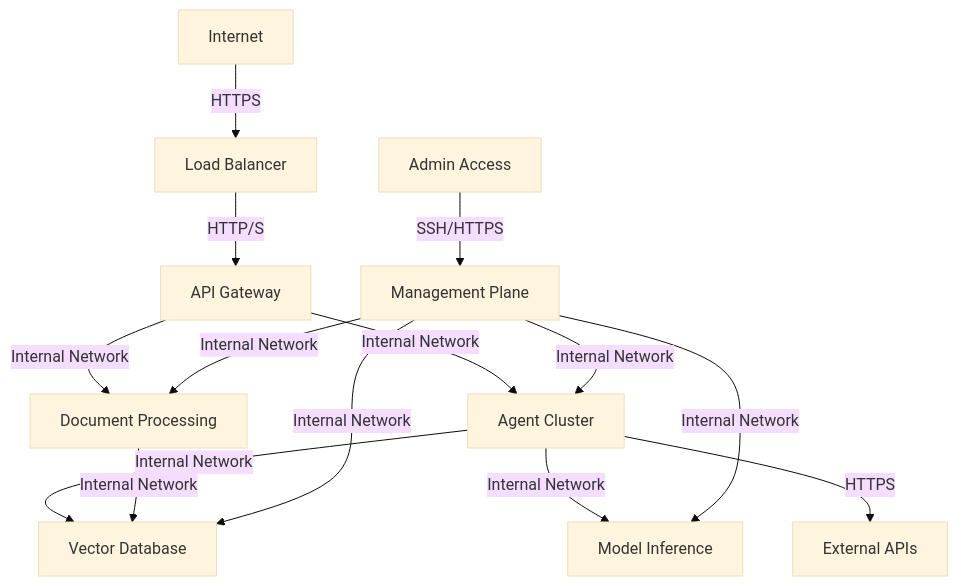
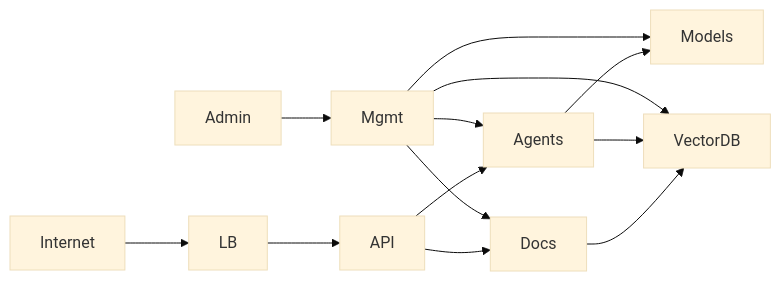
The fourth of 21 diagrams in User-Guides/LangChain Agent Platform Admin Guide.md (CRollins6020/CRollins6020), drawn with Mermaid (base theme) before and after one commit. The commit also changed other lines of this file, not shown here.

Commit message:
Update LangChain Agent Platform Admin Guide.md

````diff
--- a/User-Guides/LangChain Agent Platform Admin Guide.md
+++ b/User-Guides/LangChain Agent Platform Admin Guide.md
@@ -374,16 +359,8 @@
 ```mermaid
-graph TD
-    A[Internet] -- HTTPS --> B[Load Balancer]
-    B -- HTTP/S --> C[API Gateway]
-    C -- Internal Network --> D[Agent Cluster]
-    C -- Internal Network --> E[Document Processing]
-    D -- Internal Network --> F[Vector Database]
-    D -- Internal Network --> G[Model Inference]
-    D -- HTTPS --> H[External APIs]
-    E -- Internal Network --> F
-    I[Admin Access] -- SSH/HTTPS --> J[Management Plane]
-    J -- Internal Network --> D
-    J -- Internal Network --> E
-    J -- Internal Network --> F
-    J -- Internal Network --> G
+  graph LR
+    A[Internet]-->B[LB]-->C[API]
+    C-->D[Agents]-->E[Models]
+    C-->F[Docs]-->G[VectorDB]
+    D-->G
+    H[Admin]-->I[Mgmt]-->D & F & G & E
 ```
````
